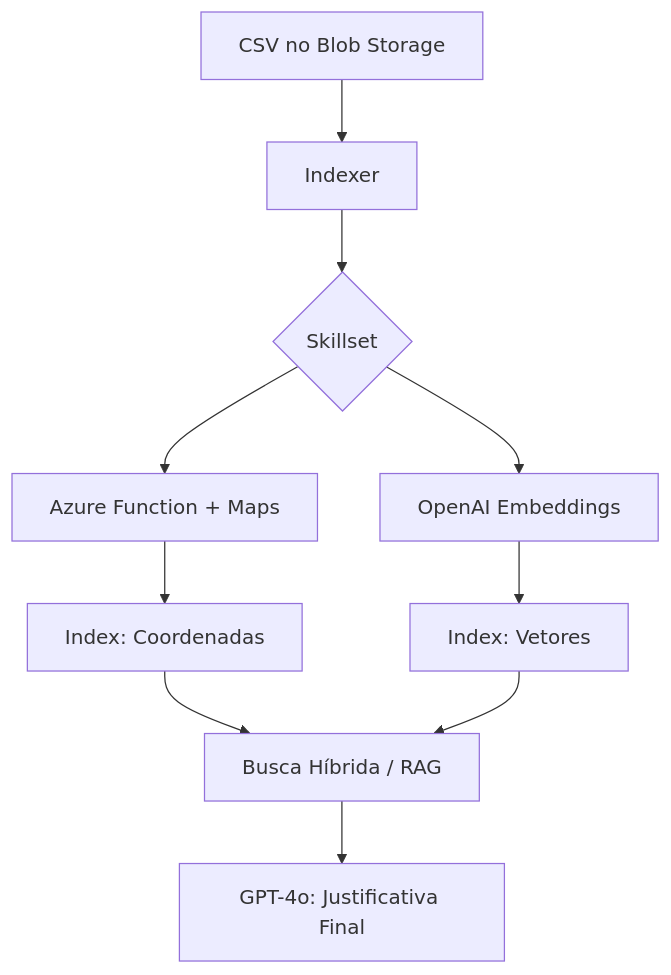
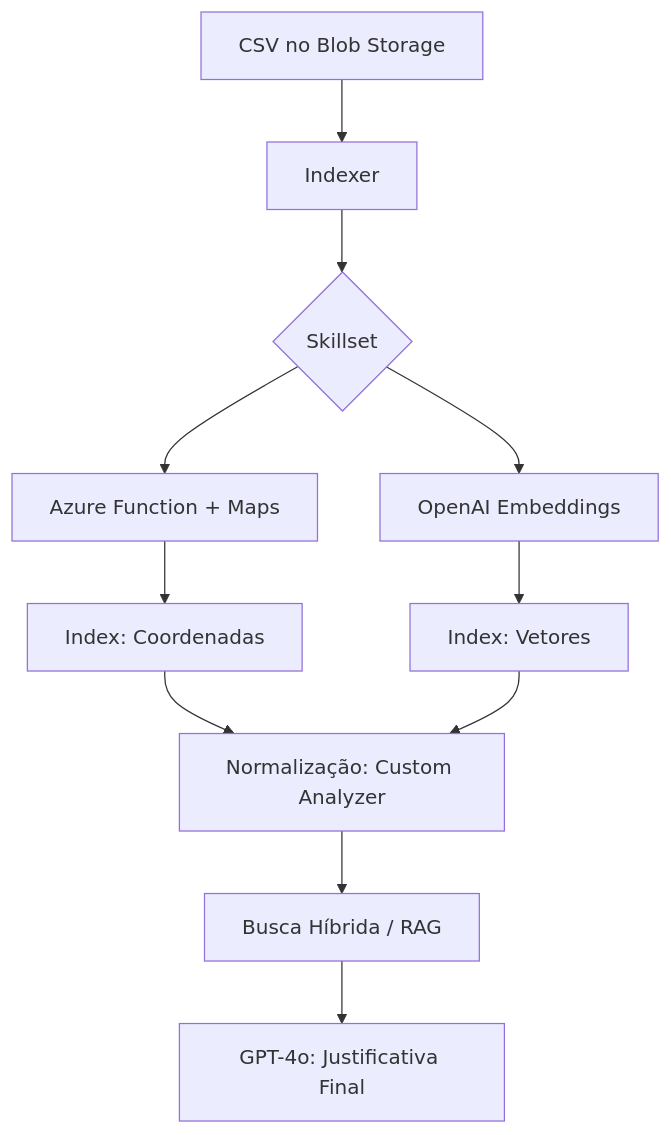
Before and after one commit to victorts1991/azure-smart-staffing-rag: the diagram in README.md, drawn with Mermaid. The commit also changed other lines of this file and 17 other files, not shown here.

````diff
--- a/README.md
+++ b/README.md
@@ -32,12 +36,13 @@
 ```mermaid
 graph TD
     A[CSV no Blob Storage] --> B[Indexer]
     B --> C{Skillset}
     C --> D[Azure Function + Maps]
     C --> E[OpenAI Embeddings]
     D --> F[Index: Coordenadas]
     E --> G[Index: Vetores]
-    F --> H[Busca Híbrida / RAG]
+    F --> H[Normalização: Custom Analyzer]
     G --> H
-    H --> I[GPT-4o: Justificativa Final]
+    H --> I[Busca Híbrida / RAG]
+    I --> J[GPT-4o: Justificativa Final]
 ```
````
